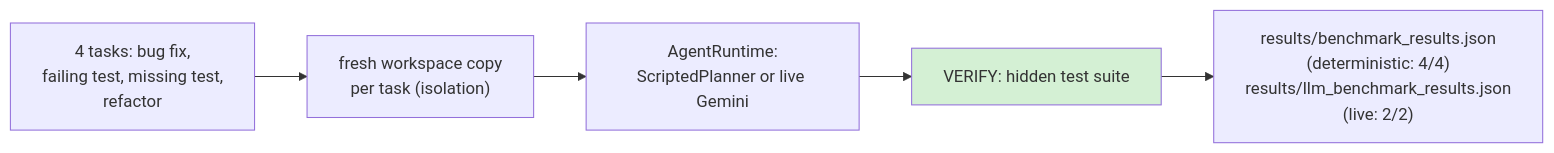
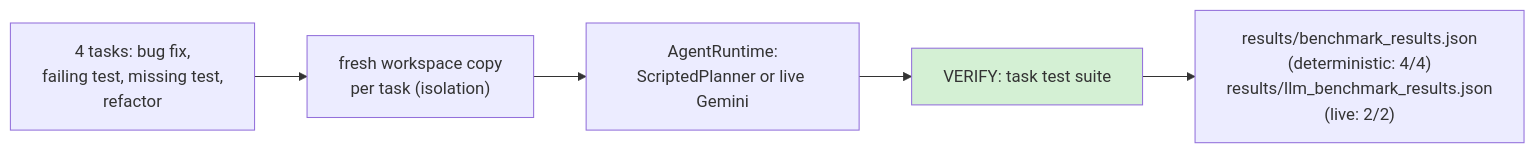
Before and after one commit to vaibhav3000/repo-engineer: the fourth of 4 diagrams in README.md, drawn with Mermaid. The commit also changed other lines of this file and 7 other files, not shown here.

````diff
--- a/README.md
+++ b/README.md
@@ -126,8 +126,8 @@
 ```mermaid
 flowchart LR
     T["4 tasks: bug fix,<br/>failing test, missing test,<br/>refactor"] --> C["fresh workspace copy<br/>per task (isolation)"]
     C --> R["AgentRuntime:<br/>ScriptedPlanner or live Gemini"]
-    R --> V["VERIFY: hidden test suite"]
+    R --> V["VERIFY: task test suite"]
     V --> RES["results/benchmark_results.json<br/>(deterministic: 4/4)<br/>results/llm_benchmark_results.json<br/>(live: 2/2)"]
     style V fill:#d4f0d4
 ```
````
